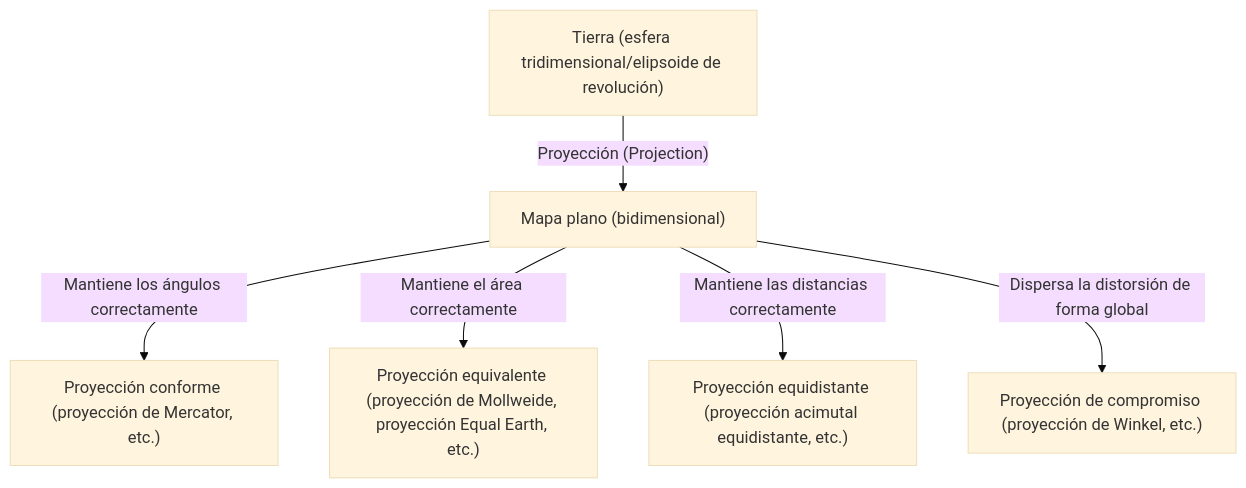
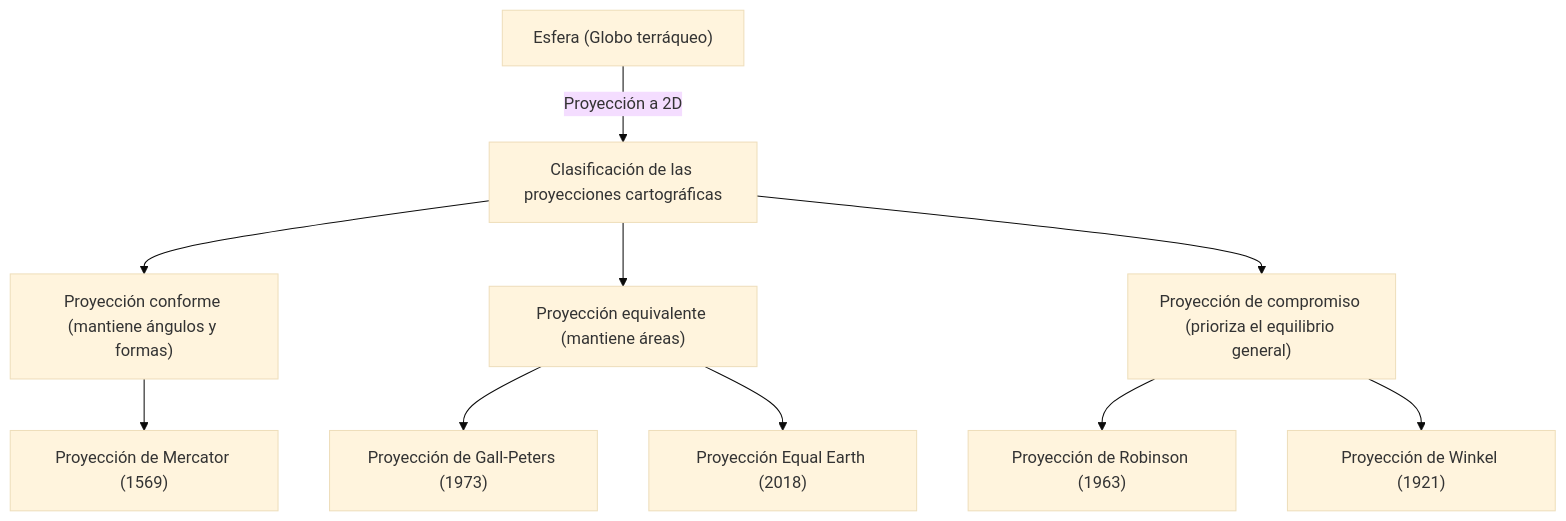
The diagram in content/post/history-of-map-projections/index.es.md (kenjinote/blog), drawn with Mermaid (base theme) before and after one commit. The commit also changed other lines of this file and 129 other files, not shown here.

````diff
--- a/content/post/history-of-map-projections/index.es.md
+++ b/content/post/history-of-map-projections/index.es.md
@@ -19,8 +30,13 @@
 ```mermaid
 graph TD
-    A["Tierra (esfera tridimensional/elipsoide de revolución)"] -- "Proyección (Projection)" --> B["Mapa plano (bidimensional)"]
-    B -- "Mantiene los ángulos correctamente" --> C["Proyección conforme (proyección de Mercator, etc.)"]
-    B -- "Mantiene el área correctamente" --> D["Proyección equivalente (proyección de Mollweide, proyección Equal Earth, etc.)"]
-    B -- "Mantiene las distancias correctamente" --> E["Proyección equidistante (proyección acimutal equidistante, etc.)"]
-    B -- "Dispersa la distorsión de forma global" --> F["Proyección de compromiso (proyección de Winkel, etc.)"]
+    A["Esfera (Globo terráqueo)"] -->|"Proyección a 2D"| B["Clasificación de las proyecciones cartográficas"]
+    B --> C["Proyección conforme (mantiene ángulos y formas)"]
+    B --> D["Proyección equivalente (mantiene áreas)"]
+    B --> E["Proyección de compromiso (prioriza el equilibrio general)"]
+    
+    C --> F["Proyección de Mercator (1569)"]
+    D --> G["Proyección de Gall-Peters (1973)"]
+    D --> H["Proyección Equal Earth (2018)"]
+    E --> I["Proyección de Robinson (1963)"]
+    E --> J["Proyección de Winkel (1921)"]
 ```
````
